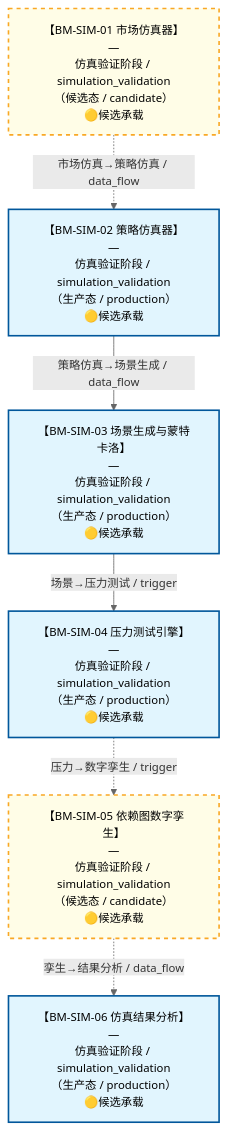
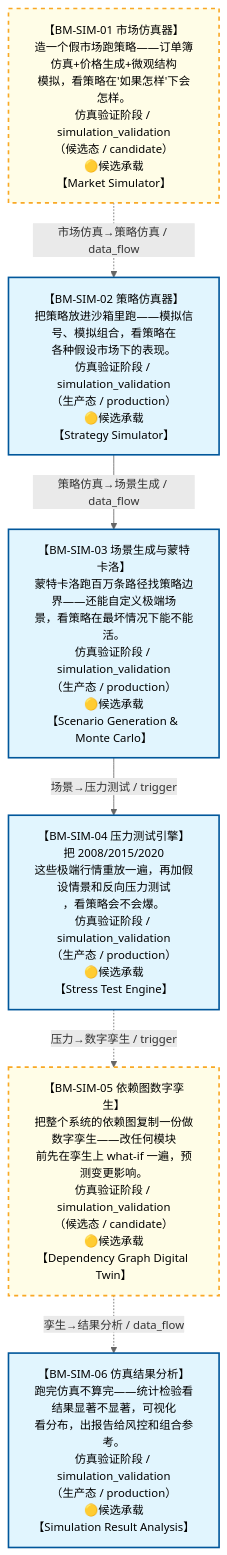
Before and after one commit to xuanFelixVan/ZephyrAlpha: the diagram in docs/02_enterprise_architecture/07_trading_decision_architecture/battle_map/battle_map_04_simulation_validation.md, drawn with Mermaid. The commit also changed other lines of this file and 13 other files, not shown here.

````diff
--- a/docs/02_enterprise_architecture/07_trading_decision_architecture/battle_map/battle_map_04_simulation_validation.md
+++ b/docs/02_enterprise_architecture/07_trading_decision_architecture/battle_map/battle_map_04_simulation_validation.md
@@ -38,23 +38,23 @@
 ```mermaid
 %%{init: {'theme': 'base', 'themeVariables': {'primaryColor': '#eaeaea', 'primaryTextColor': '#333333', 'primaryBorderColor': '#666666', 'lineColor': '#666666', 'secondaryColor': '#eaeaea', 'tertiaryColor': '#eaeaea', 'clusterBkg': 'transparent', 'clusterBorder': 'transparent', 'fontSize': '14px'}}}%%
 %% 仿真验证阶段图
 flowchart TD
-    BM_SIM_01["【BM-SIM-01 市场仿真器】<br/>—<br/>仿真验证阶段 / simulation_validation<br/>（候选态 / candidate）<br/>🟡候选承载"]
-    BM_SIM_02["【BM-SIM-02 策略仿真器】<br/>—<br/>仿真验证阶段 / simulation_validation<br/>（生产态 / production）<br/>🟡候选承载"]
-    BM_SIM_03["【BM-SIM-03 场景生成与蒙特卡洛】<br/>—<br/>仿真验证阶段 / simulation_validation<br/>（生产态 / production）<br/>🟡候选承载"]
-    BM_SIM_04["【BM-SIM-04 压力测试引擎】<br/>—<br/>仿真验证阶段 / simulation_validation<br/>（生产态 / production）<br/>🟡候选承载"]
-    BM_SIM_05["【BM-SIM-05 依赖图数字孪生】<br/>—<br/>仿真验证阶段 / simulation_validation<br/>（候选态 / candidate）<br/>🟡候选承载"]
-    BM_SIM_06["【BM-SIM-06 仿真结果分析】<br/>—<br/>仿真验证阶段 / simulation_validation<br/>（生产态 / production）<br/>🟡候选承载"]
+    BM_SIM_01["【BM-SIM-01 市场仿真器】<br/>造一个假市场跑策略——订单簿仿真+价格生成+微观结构<br/>模拟，看策略在'如果怎样'下会怎样。<br/>仿真验证阶段 / simulation_validation<br/>（候选态 / candidate）<br/>🟡候选承载<br/>【Market Simulator】"]
+    BM_SIM_02["【BM-SIM-02 策略仿真器】<br/>把策略放进沙箱里跑——模拟信号、模拟组合，看策略在<br/>各种假设市场下的表现。<br/>仿真验证阶段 / simulation_validation<br/>（生产态 / production）<br/>🟡候选承载<br/>【Strategy Simulator】"]
+    BM_SIM_03["【BM-SIM-03 场景生成与蒙特卡洛】<br/>蒙特卡洛跑百万条路径找策略边界——还能自定义极端场<br/>景，看策略在最坏情况下能不能活。<br/>仿真验证阶段 / simulation_validation<br/>（生产态 / production）<br/>🟡候选承载<br/>【Scenario Generation &amp; Monte Carlo】"]
+    BM_SIM_04["【BM-SIM-04 压力测试引擎】<br/>把 2008/2015/2020<br/>这些极端行情重放一遍，再加假设情景和反向压力测试<br/>，看策略会不会爆。<br/>仿真验证阶段 / simulation_validation<br/>（生产态 / production）<br/>🟡候选承载<br/>【Stress Test Engine】"]
+    BM_SIM_05["【BM-SIM-05 依赖图数字孪生】<br/>把整个系统的依赖图复制一份做数字孪生——改任何模块<br/>前先在孪生上 what-if 一遍，预测变更影响。<br/>仿真验证阶段 / simulation_validation<br/>（候选态 / candidate）<br/>🟡候选承载<br/>【Dependency Graph Digital Twin】"]
+    BM_SIM_06["【BM-SIM-06 仿真结果分析】<br/>跑完仿真不算完——统计检验看结果显著不显著，可视化<br/>看分布，出报告给风控和组合参考。<br/>仿真验证阶段 / simulation_validation<br/>（生产态 / production）<br/>🟡候选承载<br/>【Simulation Result Analysis】"]
     BM_SIM_01 -.->|市场仿真→策略仿真 / data_flow| BM_SIM_02
     BM_SIM_02 -->|策略仿真→场景生成 / data_flow| BM_SIM_03
     BM_SIM_03 -->|场景→压力测试 / trigger| BM_SIM_04
     BM_SIM_04 -.->|压力→数字孪生 / trigger| BM_SIM_05
     BM_SIM_05 -.->|孪生→结果分析 / data_flow| BM_SIM_06
 classDef production fill:#e1f5fe,stroke:#01579b,stroke-width:2px,color:#000
 classDef design fill:#fff3e0,stroke:#e65100,stroke-width:2px,color:#000,stroke-dasharray: 5 5
 classDef deprecated fill:#ffebee,stroke:#c62828,stroke-width:2px,color:#000
 classDef missing fill:#eeeeee,stroke:#9e9e9e,stroke-width:2px,color:#000
 classDef candidate fill:#fffde7,stroke:#f9a825,stroke-width:2px,color:#000,stroke-dasharray: 5 5
     class BM_SIM_02,BM_SIM_03,BM_SIM_04,BM_SIM_06 production
     class BM_SIM_01,BM_SIM_05 candidate
 ```
````
